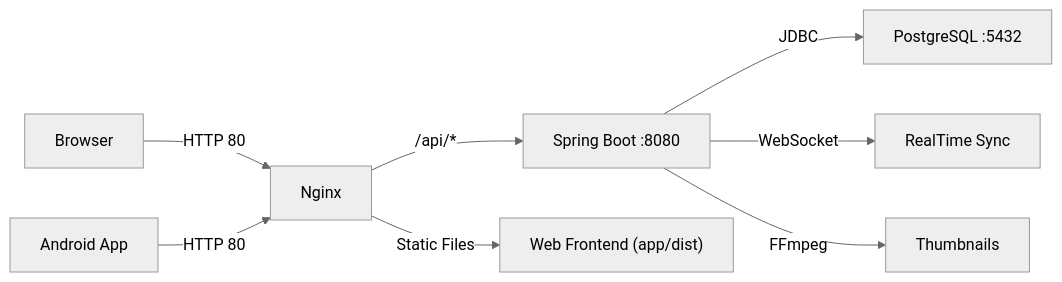
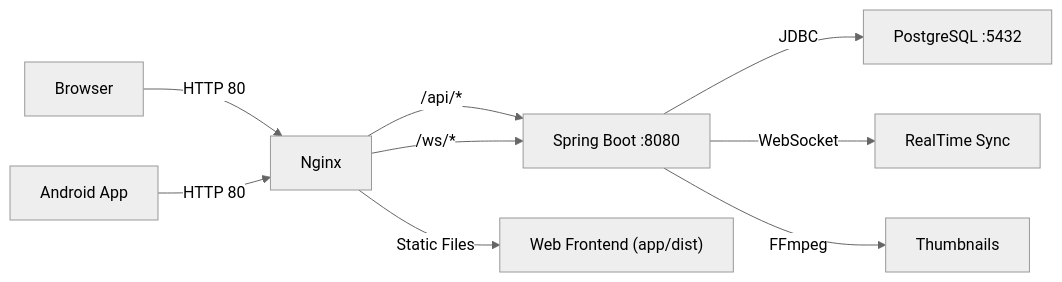
One commit to qiuyingmu/YingmuQiu-nas changed the diagram in README.md. Above: the diagram before and after it, drawn with Mermaid (neutral theme). The commit also changed other lines of this file, not shown here.

````diff
--- a/README.md
+++ b/README.md
@@ -174,10 +216,11 @@
 ```mermaid
 graph LR
     A[Browser] -->|HTTP 80| B[Nginx]
     C[Android App] -->|HTTP 80| B
     B -->|/api/*| D[Spring Boot :8080]
+    B -->|/ws/*| D
     B -->|Static Files| E["Web Frontend (app/dist)"]
     D -->|JDBC| F[PostgreSQL :5432]
     D -->|WebSocket| G["RealTime Sync"]
     D -->|FFmpeg| H[Thumbnails]
 ```
````
